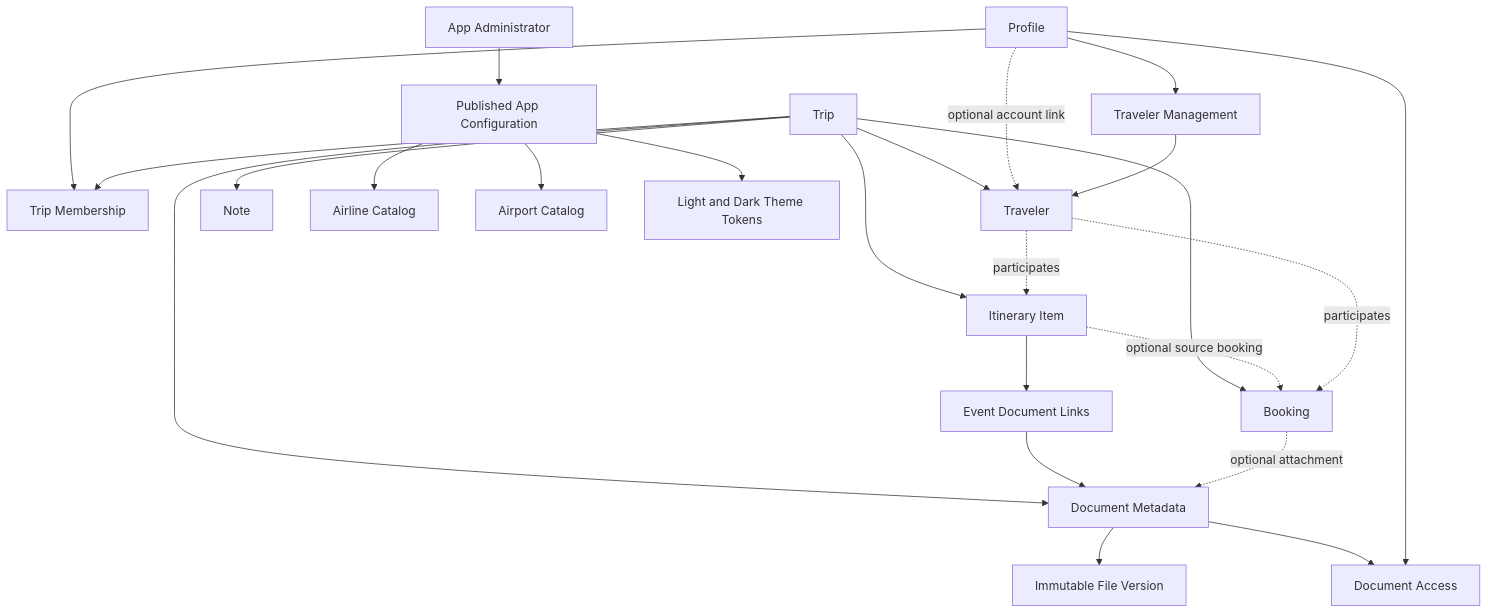
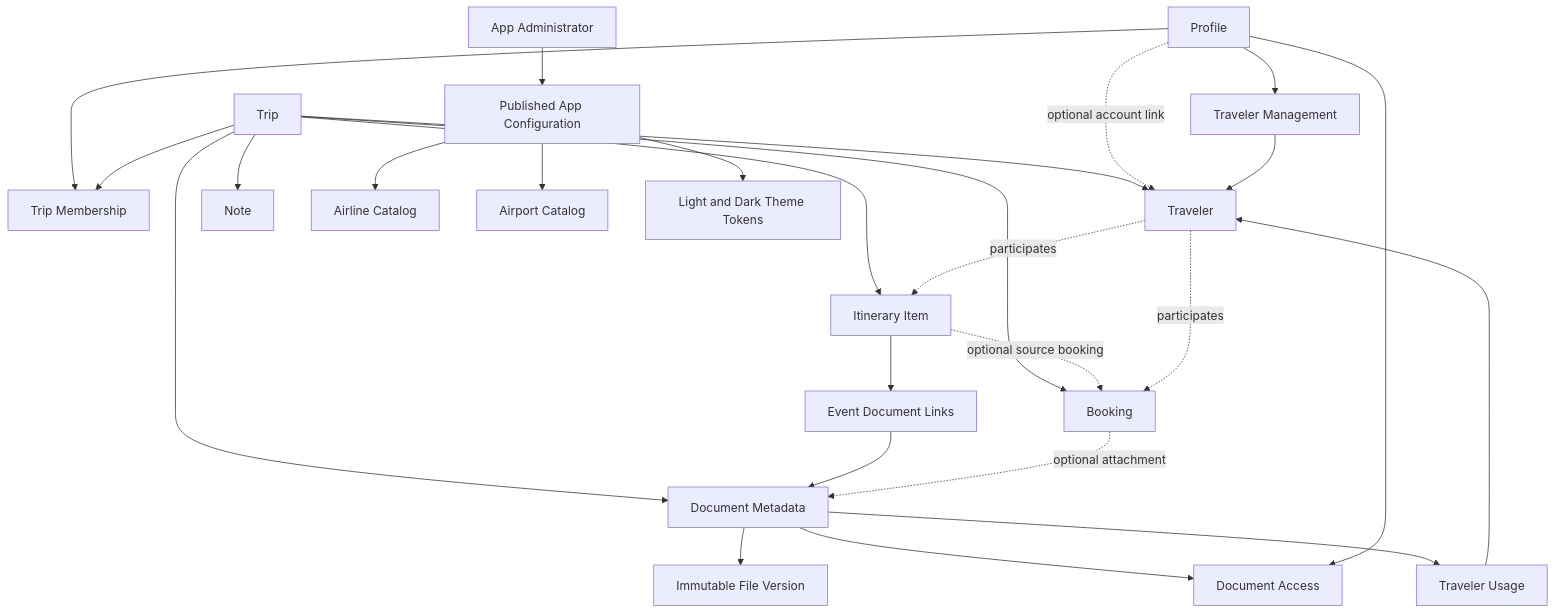
The second of 4 diagrams in docs/HIGH_LEVEL_DESIGN.md (shantanu1258/trip-vault), drawn with Mermaid before and after one commit. The commit also changed other lines of this file and 61 other files, not shown here.

First line of the commit message:
feat: redesign trip timeline and document experience

````diff
--- a/docs/HIGH_LEVEL_DESIGN.md
+++ b/docs/HIGH_LEVEL_DESIGN.md
@@ -129,26 +137,28 @@
 ```mermaid
 flowchart TD
     PROFILE[Profile] --> MEMBER[Trip Membership]
     TRIP[Trip] --> MEMBER
     TRIP --> TRAVELER[Traveler]
     PROFILE -. optional account link .-> TRAVELER
     PROFILE --> MANAGER[Traveler Management]
     MANAGER --> TRAVELER
     TRIP --> BOOKING[Booking]
     TRIP --> ITEM[Itinerary Item]
     TRIP --> NOTE[Note]
     TRIP --> DOCUMENT[Document Metadata]
     DOCUMENT --> VERSION[Immutable File Version]
     DOCUMENT --> ACCESS[Document Access]
+    DOCUMENT --> ASSIGNMENT[Traveler Usage]
+    ASSIGNMENT --> TRAVELER
     ITEM --> ITEM_DOCUMENT[Event Document Links]
     ITEM_DOCUMENT --> DOCUMENT
     PROFILE --> ACCESS
     BOOKING -. optional attachment .-> DOCUMENT
     ITEM -. optional source booking .-> BOOKING
     TRAVELER -. participates .-> BOOKING
     TRAVELER -. participates .-> ITEM
     ADMIN[App Administrator] --> CONFIG[Published App Configuration]
     CONFIG --> AIRLINE[Airline Catalog]
     CONFIG --> AIRPORT[Airport Catalog]
     CONFIG --> THEME[Light and Dark Theme Tokens]
 ```
````
